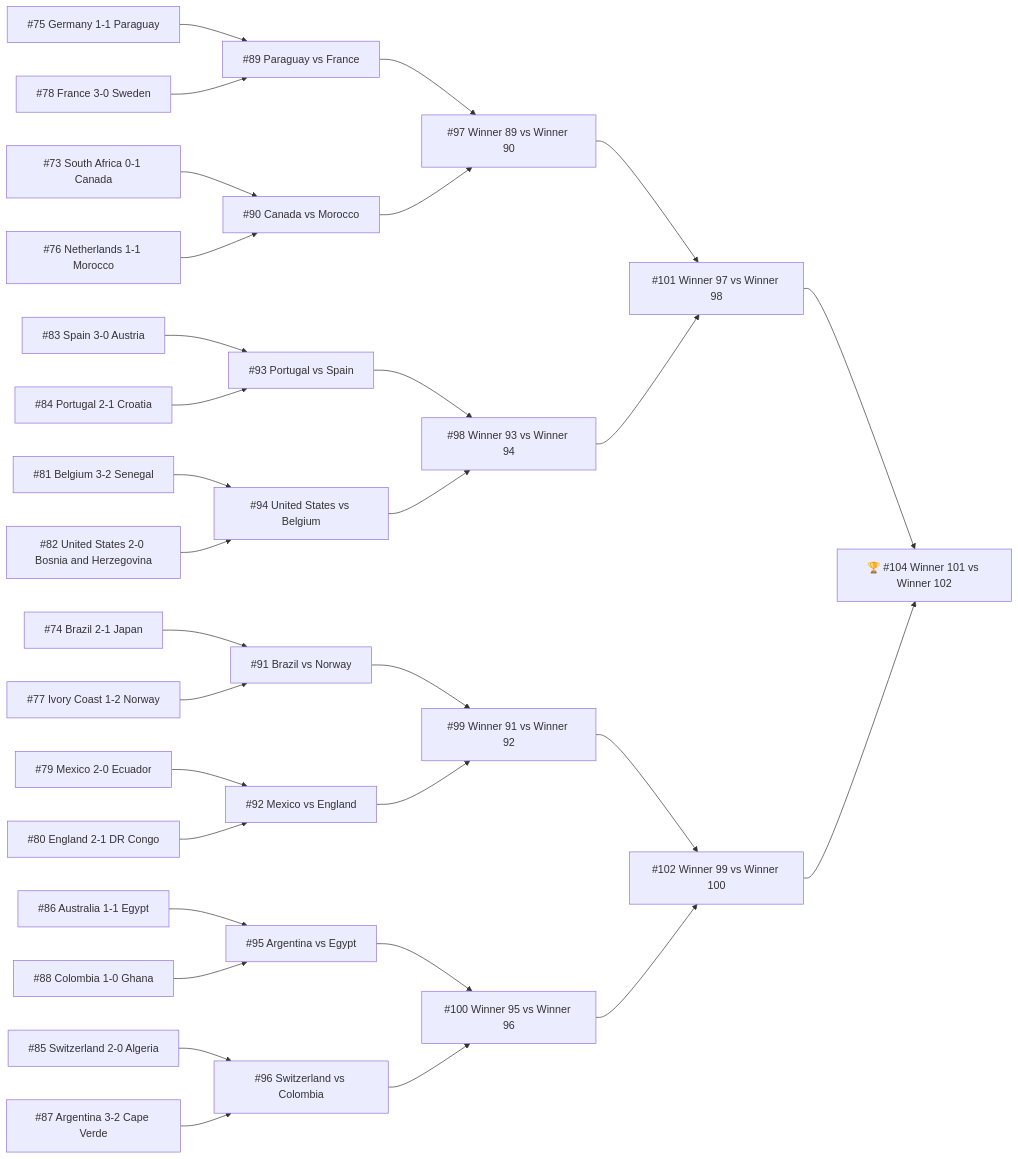
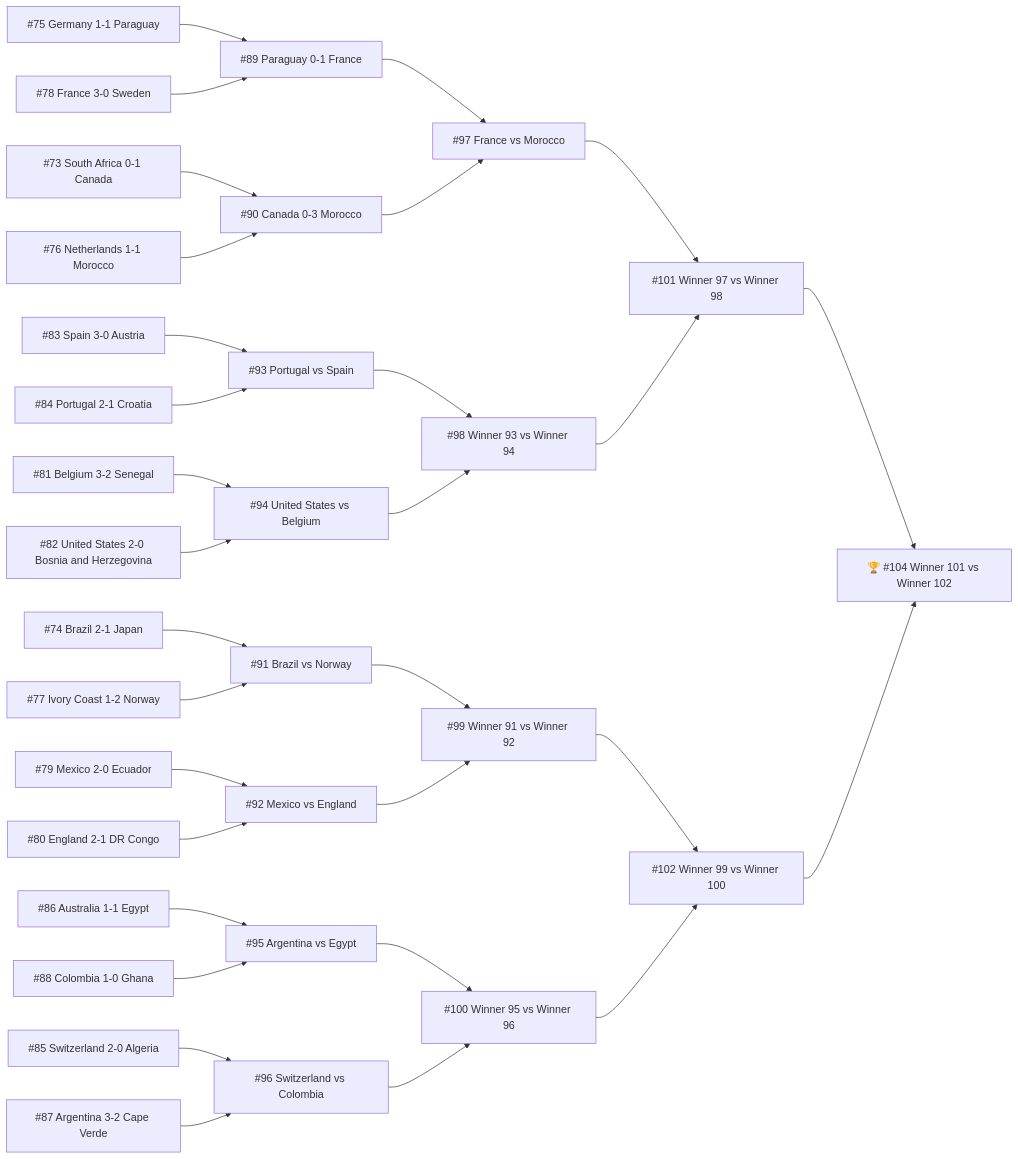
Before and after one commit to didiowen/theyears: the diagram in src/site/notes/Area/Football/World Cup 2026.md, drawn with Mermaid. The commit also changed other lines of this file and 1 other file, not shown here.

````diff
--- a/src/site/notes/Area/Football/World Cup 2026.md
+++ b/src/site/notes/Area/Football/World Cup 2026.md
@@ -492,64 +496,64 @@
 ```mermaid
 flowchart LR
   M73["#73 South Africa 0-1 Canada"]
   M74["#74 Brazil 2-1 Japan"]
   M75["#75 Germany 1-1 Paraguay"]
   M76["#76 Netherlands 1-1 Morocco"]
   M77["#77 Ivory Coast 1-2 Norway"]
   M78["#78 France 3-0 Sweden"]
   M79["#79 Mexico 2-0 Ecuador"]
   M80["#80 England 2-1 DR Congo"]
   M81["#81 Belgium 3-2 Senegal"]
   M82["#82 United States 2-0 Bosnia and Herzegovina"]
   M83["#83 Spain 3-0 Austria"]
   M84["#84 Portugal 2-1 Croatia"]
   M85["#85 Switzerland 2-0 Algeria"]
   M86["#86 Australia 1-1 Egypt"]
   M87["#87 Argentina 3-2 Cape Verde"]
   M88["#88 Colombia 1-0 Ghana"]
-  M89["#89 Paraguay vs France"]
-  M90["#90 Canada vs Morocco"]
+  M89["#89 Paraguay 0-1 France"]
+  M90["#90 Canada 0-3 Morocco"]
   M91["#91 Brazil vs Norway"]
   M92["#92 Mexico vs England"]
   M93["#93 Portugal vs Spain"]
   M94["#94 United States vs Belgium"]
   M95["#95 Argentina vs Egypt"]
   M96["#96 Switzerland vs Colombia"]
-  M97["#97 Winner 89 vs Winner 90"]
+  M97["#97 France vs Morocco"]
   M98["#98 Winner 93 vs Winner 94"]
   M99["#99 Winner 91 vs Winner 92"]
   M100["#100 Winner 95 vs Winner 96"]
   M101["#101 Winner 97 vs Winner 98"]
   M102["#102 Winner 99 vs Winner 100"]
   M104["🏆 #104 Winner 101 vs Winner 102"]
   M75 --> M89
   M78 --> M89
   M73 --> M90
   M76 --> M90
   M74 --> M91
   M77 --> M91
   M79 --> M92
   M80 --> M92
   M83 --> M93
   M84 --> M93
   M81 --> M94
   M82 --> M94
   M86 --> M95
   M88 --> M95
   M85 --> M96
   M87 --> M96
   M89 --> M97
   M90 --> M97
   M93 --> M98
   M94 --> M98
   M91 --> M99
   M92 --> M99
   M95 --> M100
   M96 --> M100
   M97 --> M101
   M98 --> M101
   M99 --> M102
   M100 --> M102
   M101 --> M104
   M102 --> M104
 ```
````
